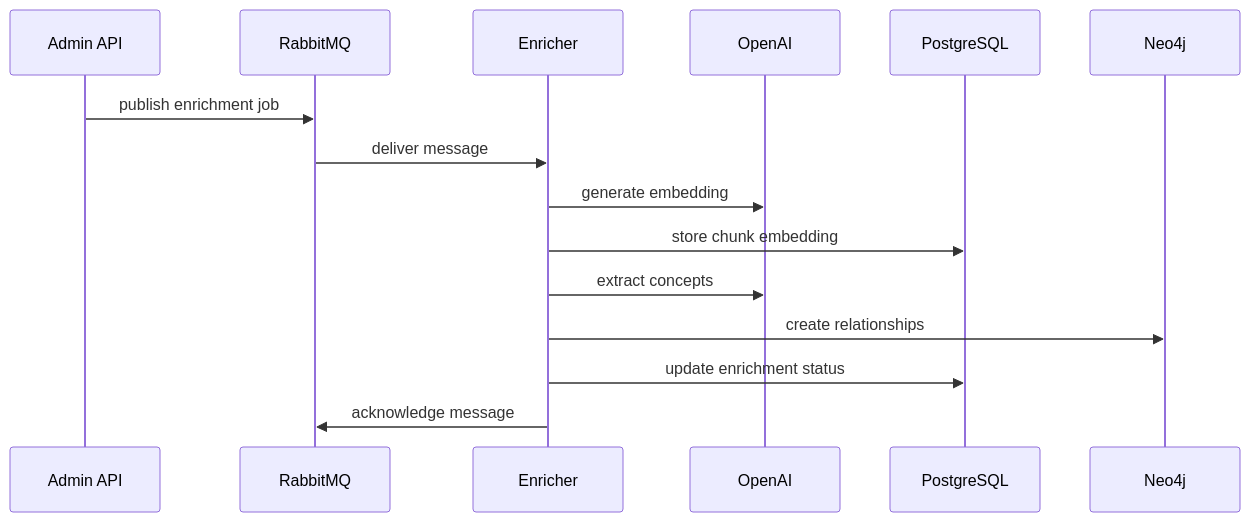
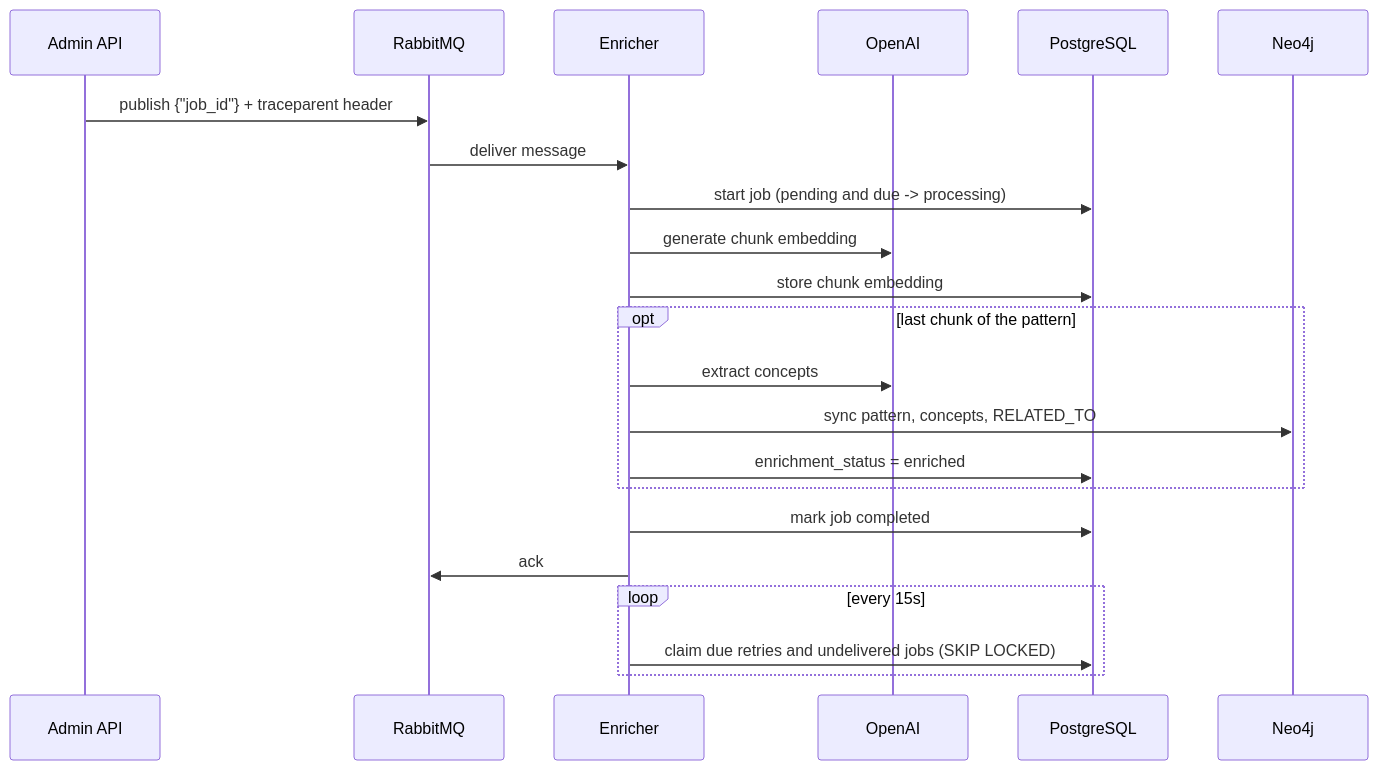
The fourth of 6 diagrams in docs/architecture/system/03-communication-patterns.md (twistingmercury/mnemonic-docs), drawn with Mermaid before and after one commit. The commit also changed other lines of this file and 41 other files, not shown here.

````diff
--- a/docs/architecture/system/03-communication-patterns.md
+++ b/docs/architecture/system/03-communication-patterns.md
@@ -160,18 +171,25 @@
 ```mermaid
 sequenceDiagram
     participant API as Admin API
     participant RMQ as RabbitMQ
     participant E as Enricher
     participant OAI as OpenAI
     participant PG as PostgreSQL
     participant N4J as Neo4j
 
-    API->>RMQ: publish enrichment job
+    API->>RMQ: publish {"job_id"} + traceparent header
     RMQ->>E: deliver message
-    E->>OAI: generate embedding
+    E->>PG: start job (pending and due -> processing)
+    E->>OAI: generate chunk embedding
     E->>PG: store chunk embedding
-    E->>OAI: extract concepts
-    E->>N4J: create relationships
-    E->>PG: update enrichment status
-    E->>RMQ: acknowledge message
+    opt last chunk of the pattern
+        E->>OAI: extract concepts
+        E->>N4J: sync pattern, concepts, RELATED_TO
+        E->>PG: enrichment_status = enriched
+    end
+    E->>PG: mark job completed
+    E->>RMQ: ack
+    loop every 15s
+        E->>PG: claim due retries and undelivered jobs (SKIP LOCKED)
+    end
 ```
````
